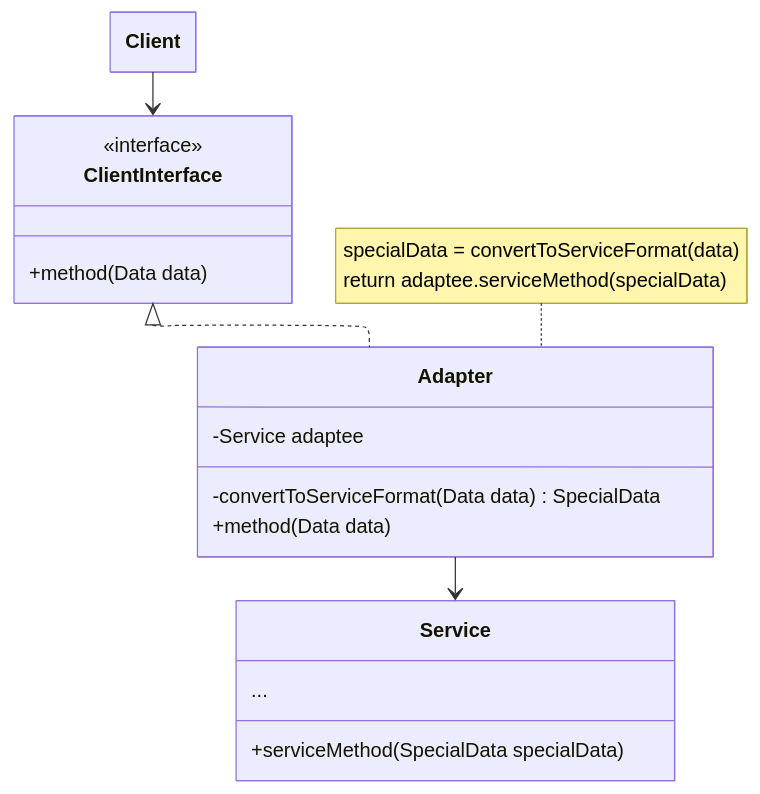
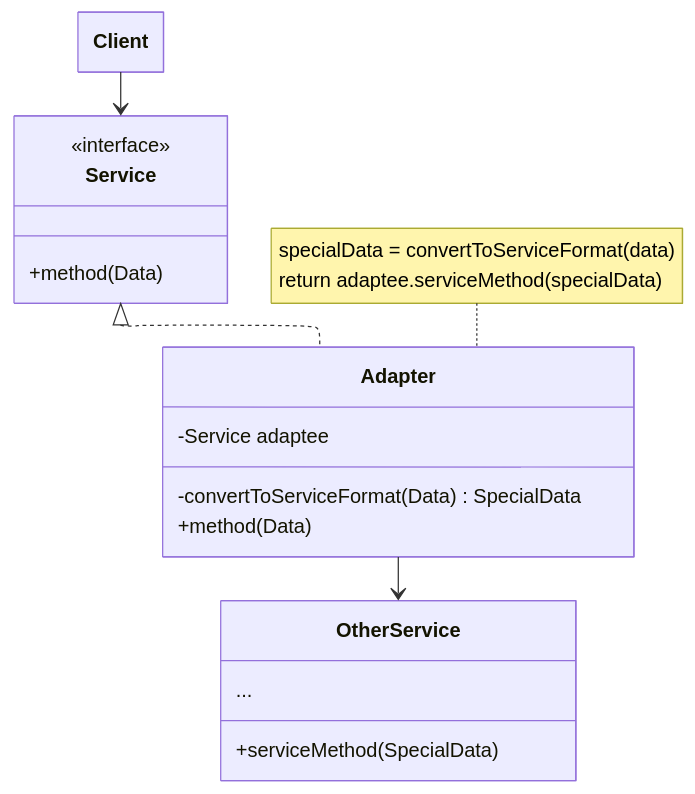
Before and after one commit to FAZuH/quartz: the first of 2 diagrams in content/3 Reference/adapter-design-pattern_202606031059.md, drawn with Mermaid. The commit also changed other lines of this file and 17 other files, not shown here.

````diff
--- a/content/3 Reference/adapter-design-pattern_202606031059.md
+++ b/content/3 Reference/adapter-design-pattern_202606031059.md
@@ -43,34 +43,33 @@
 ```mermaid
 ---
 config:
   layout: elk 
   class: 
     hideEmptyMembersBox: true
 ---
 classDiagram
-	class Client {
-	}
+	class Client
 	
-	class ClientInterface {
+	class Service {
 		<<interface>>
-		+method(Data data)
+		+method(Data)
 	}
 	
 	class Adapter {
 		-Service adaptee
-		-convertToServiceFormat(Data data) SpecialData
-		+method(Data data)
+		-convertToServiceFormat(Data) SpecialData
+		+method(Data)
 	}
 	
-	class Service {
+	class OtherService {
 		...
-		+serviceMethod(SpecialData specialData)
+		+serviceMethod(SpecialData)
 	}
 	
-	Client --> ClientInterface
-	ClientInterface <|.. Adapter
-	Adapter --> Service
+	Client --> Service
+	Service <|.. Adapter
+	Adapter --> OtherService
 	
 	note for Adapter "specialData = convertToServiceFormat(data)
 	return adaptee.serviceMethod(specialData)"
 ```
````
